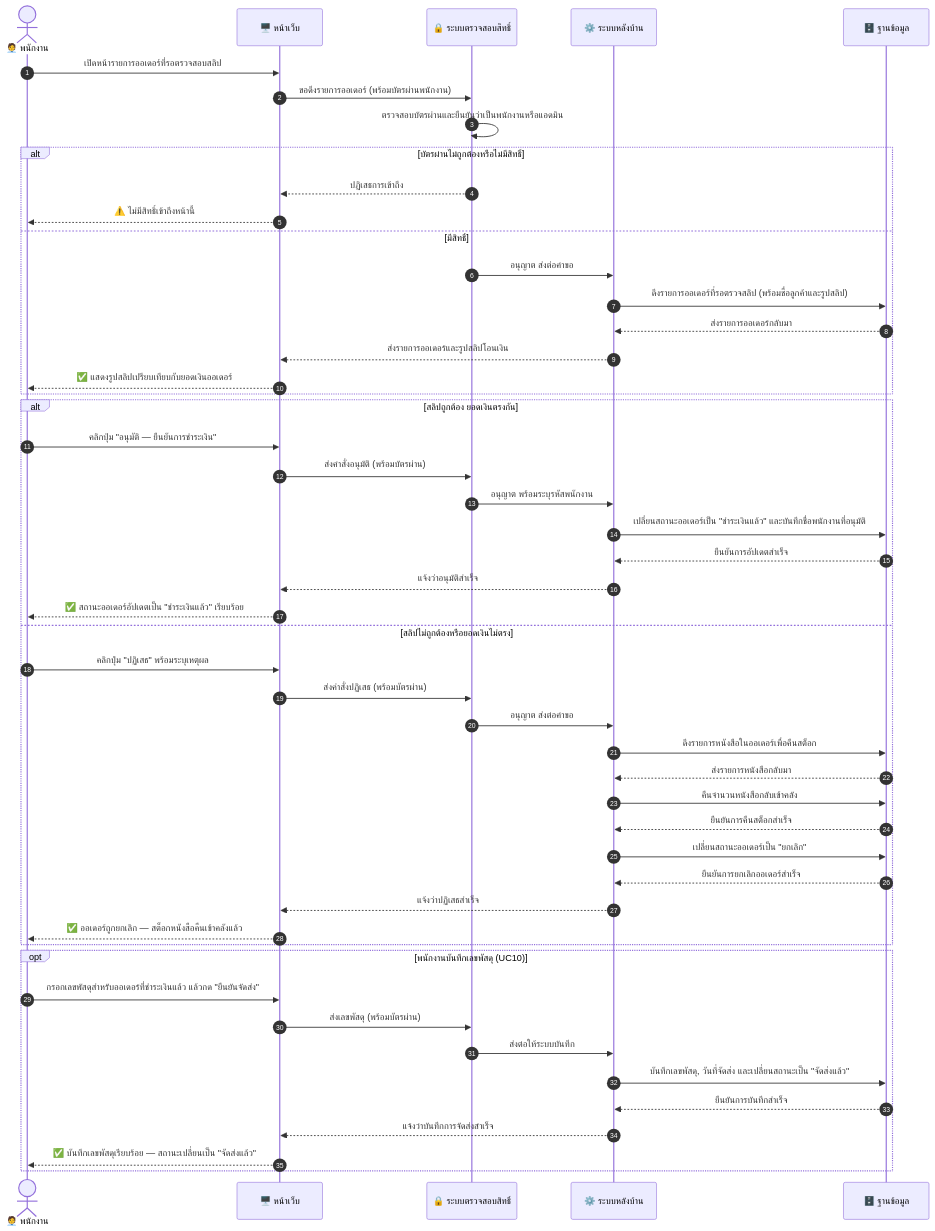
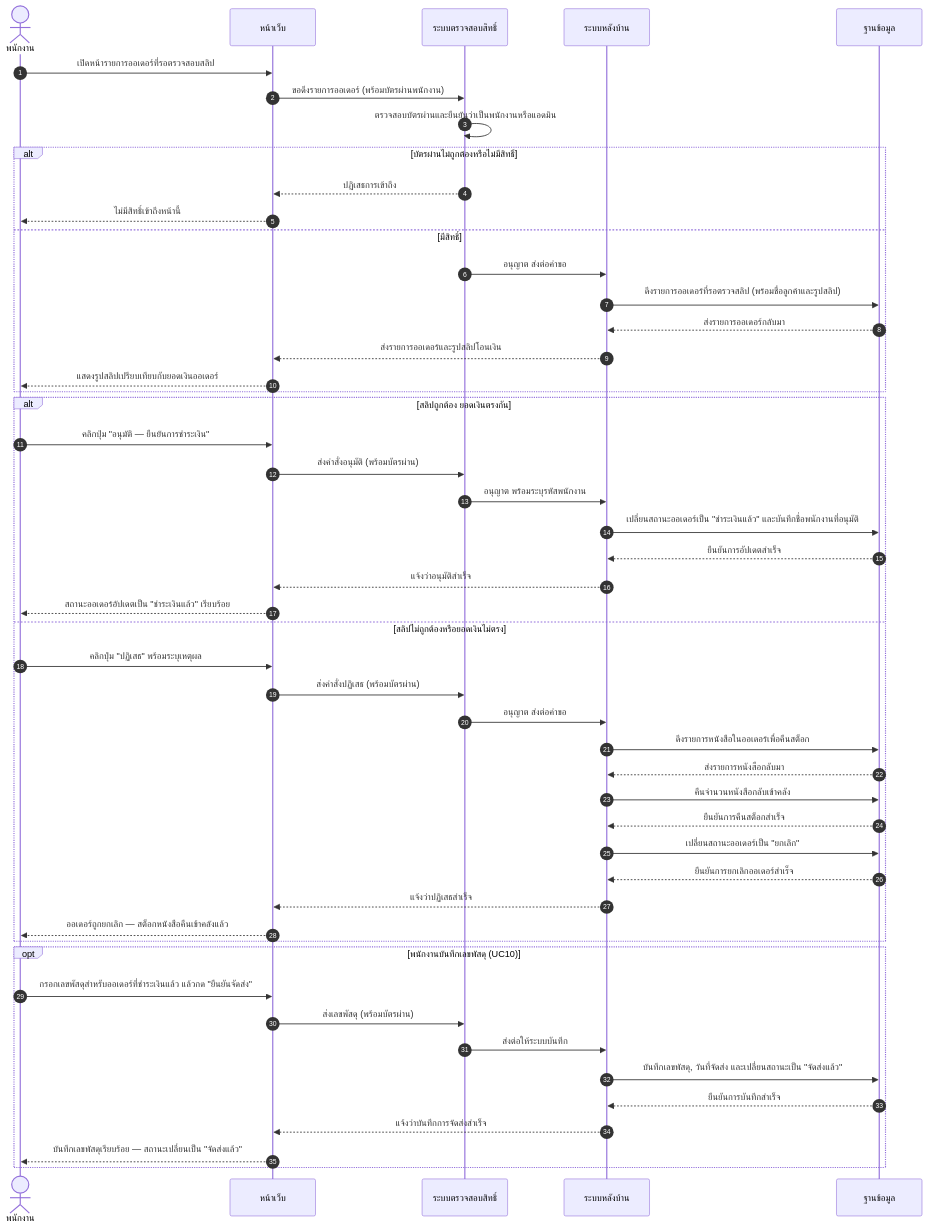
The ninth of 15 diagrams in diagram/Diagram.md (SupvichSpuGM/online-bookstore), drawn with Mermaid before and after one commit. The commit also changed other lines of this file and 1 other file, not shown here.

````diff
--- a/diagram/Diagram.md
+++ b/diagram/Diagram.md
@@ -528,55 +541,55 @@
 ```mermaid
 sequenceDiagram
-    autonumber
-    actor Staff as 🧑‍💼 พนักงาน
-    participant Web as 🖥️ หน้าเว็บ
-    participant Guard as 🔒 ระบบตรวจสอบสิทธิ์
-    participant App as ⚙️ ระบบหลังบ้าน
-    participant DB as 🗄️ ฐานข้อมูล
+  autonumber
+  actor Staff as พนักงาน
+  participant Web as หน้าเว็บ
+  participant Guard as ระบบตรวจสอบสิทธิ์
+  participant App as ระบบหลังบ้าน
+  participant DB as ฐานข้อมูล
 
-    Staff->>Web: เปิดหน้ารายการออเดอร์ที่รอตรวจสอบสลิป
-    Web->>Guard: ขอดึงรายการออเดอร์ (พร้อมบัตรผ่านพนักงาน)
-    Guard->>Guard: ตรวจสอบบัตรผ่านและยืนยันว่าเป็นพนักงานหรือแอดมิน
-    alt บัตรผ่านไม่ถูกต้องหรือไม่มีสิทธิ์
-        Guard-->>Web: ปฏิเสธการเข้าถึง
-        Web-->>Staff: ⚠️ ไม่มีสิทธิ์เข้าถึงหน้านี้
-    else มีสิทธิ์
-        Guard->>App: อนุญาต ส่งต่อคำขอ
-        App->>DB: ดึงรายการออเดอร์ที่รอตรวจสลิป (พร้อมชื่อลูกค้าและรูปสลิป)
-        DB-->>App: ส่งรายการออเดอร์กลับมา
-        App-->>Web: ส่งรายการออเดอร์และรูปสลิปโอนเงิน
-        Web-->>Staff: ✅ แสดงรูปสลิปเปรียบเทียบกับยอดเงินออเดอร์
-    end
+  Staff->>Web: เปิดหน้ารายการออเดอร์ที่รอตรวจสอบสลิป
+  Web->>Guard: ขอดึงรายการออเดอร์ (พร้อมบัตรผ่านพนักงาน)
+  Guard->>Guard: ตรวจสอบบัตรผ่านและยืนยันว่าเป็นพนักงานหรือแอดมิน
+  alt บัตรผ่านไม่ถูกต้องหรือไม่มีสิทธิ์
+    Guard-->>Web: ปฏิเสธการเข้าถึง
+    Web-->>Staff: ไม่มีสิทธิ์เข้าถึงหน้านี้
+  else มีสิทธิ์
+    Guard->>App: อนุญาต ส่งต่อคำขอ
+    App->>DB: ดึงรายการออเดอร์ที่รอตรวจสลิป (พร้อมชื่อลูกค้าและรูปสลิป)
+    DB-->>App: ส่งรายการออเดอร์กลับมา
+    App-->>Web: ส่งรายการออเดอร์และรูปสลิปโอนเงิน
+    Web-->>Staff: แสดงรูปสลิปเปรียบเทียบกับยอดเงินออเดอร์
+  end
 
-    alt สลิปถูกต้อง ยอดเงินตรงกัน
-        Staff->>Web: คลิกปุ่ม "อนุมัติ — ยืนยันการชำระเงิน"
-        Web->>Guard: ส่งคำสั่งอนุมัติ (พร้อมบัตรผ่าน)
-        Guard->>App: อนุญาต พร้อมระบุรหัสพนักงาน
-        App->>DB: เปลี่ยนสถานะออเดอร์เป็น "ชำระเงินแล้ว" และบันทึกชื่อพนักงานที่อนุมัติ
-        DB-->>App: ยืนยันการอัปเดตสำเร็จ
-        App-->>Web: แจ้งว่าอนุมัติสำเร็จ
-        Web-->>Staff: ✅ สถานะออเดอร์อัปเดตเป็น "ชำระเงินแล้ว" เรียบร้อย
-    else สลิปไม่ถูกต้องหรือยอดเงินไม่ตรง
-        Staff->>Web: คลิกปุ่ม "ปฏิเสธ" พร้อมระบุเหตุผล
-        Web->>Guard: ส่งคำสั่งปฏิเสธ (พร้อมบัตรผ่าน)
-        Guard->>App: อนุญาต ส่งต่อคำขอ
-        App->>DB: ดึงรายการหนังสือในออเดอร์เพื่อคืนสต็อก
-        DB-->>App: ส่งรายการหนังสือกลับมา
-        App->>DB: คืนจำนวนหนังสือกลับเข้าคลัง
-        DB-->>App: ยืนยันการคืนสต็อกสำเร็จ
-        App->>DB: เปลี่ยนสถานะออเดอร์เป็น "ยกเลิก"
-        DB-->>App: ยืนยันการยกเลิกออเดอร์สำเร็จ
-        App-->>Web: แจ้งว่าปฏิเสธสำเร็จ
-        Web-->>Staff: ✅ ออเดอร์ถูกยกเลิก — สต็อกหนังสือคืนเข้าคลังแล้ว
-    end
+  alt สลิปถูกต้อง ยอดเงินตรงกัน
+    Staff->>Web: คลิกปุ่ม "อนุมัติ — ยืนยันการชำระเงิน"
+    Web->>Guard: ส่งคำสั่งอนุมัติ (พร้อมบัตรผ่าน)
+    Guard->>App: อนุญาต พร้อมระบุรหัสพนักงาน
+    App->>DB: เปลี่ยนสถานะออเดอร์เป็น "ชำระเงินแล้ว" และบันทึกชื่อพนักงานที่อนุมัติ
+    DB-->>App: ยืนยันการอัปเดตสำเร็จ
+    App-->>Web: แจ้งว่าอนุมัติสำเร็จ
+    Web-->>Staff: สถานะออเดอร์อัปเดตเป็น "ชำระเงินแล้ว" เรียบร้อย
+  else สลิปไม่ถูกต้องหรือยอดเงินไม่ตรง
+    Staff->>Web: คลิกปุ่ม "ปฏิเสธ" พร้อมระบุเหตุผล
+    Web->>Guard: ส่งคำสั่งปฏิเสธ (พร้อมบัตรผ่าน)
+    Guard->>App: อนุญาต ส่งต่อคำขอ
+    App->>DB: ดึงรายการหนังสือในออเดอร์เพื่อคืนสต็อก
+    DB-->>App: ส่งรายการหนังสือกลับมา
+    App->>DB: คืนจำนวนหนังสือกลับเข้าคลัง
+    DB-->>App: ยืนยันการคืนสต็อกสำเร็จ
+    App->>DB: เปลี่ยนสถานะออเดอร์เป็น "ยกเลิก"
+    DB-->>App: ยืนยันการยกเลิกออเดอร์สำเร็จ
+    App-->>Web: แจ้งว่าปฏิเสธสำเร็จ
+    Web-->>Staff: ออเดอร์ถูกยกเลิก — สต็อกหนังสือคืนเข้าคลังแล้ว
+  end
 
-    opt พนักงานบันทึกเลขพัสดุ (UC10)
-        Staff->>Web: กรอกเลขพัสดุสำหรับออเดอร์ที่ชำระเงินแล้ว แล้วกด "ยืนยันจัดส่ง"
-        Web->>Guard: ส่งเลขพัสดุ (พร้อมบัตรผ่าน)
-        Guard->>App: ส่งต่อให้ระบบบันทึก
-        App->>DB: บันทึกเลขพัสดุ, วันที่จัดส่ง และเปลี่ยนสถานะเป็น "จัดส่งแล้ว"
-        DB-->>App: ยืนยันการบันทึกสำเร็จ
-        App-->>Web: แจ้งว่าบันทึกการจัดส่งสำเร็จ
-        Web-->>Staff: ✅ บันทึกเลขพัสดุเรียบร้อย — สถานะเปลี่ยนเป็น "จัดส่งแล้ว"
-    end
+  opt พนักงานบันทึกเลขพัสดุ (UC10)
+    Staff->>Web: กรอกเลขพัสดุสำหรับออเดอร์ที่ชำระเงินแล้ว แล้วกด "ยืนยันจัดส่ง"
+    Web->>Guard: ส่งเลขพัสดุ (พร้อมบัตรผ่าน)
+    Guard->>App: ส่งต่อให้ระบบบันทึก
+    App->>DB: บันทึกเลขพัสดุ, วันที่จัดส่ง และเปลี่ยนสถานะเป็น "จัดส่งแล้ว"
+    DB-->>App: ยืนยันการบันทึกสำเร็จ
+    App-->>Web: แจ้งว่าบันทึกการจัดส่งสำเร็จ
+    Web-->>Staff: บันทึกเลขพัสดุเรียบร้อย — สถานะเปลี่ยนเป็น "จัดส่งแล้ว"
+  end
 ```
````
